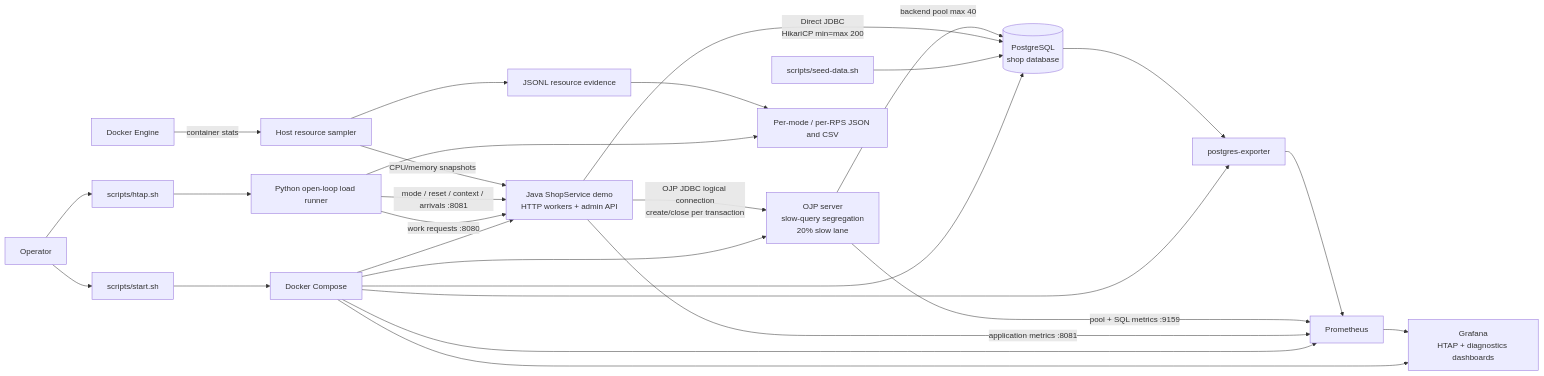
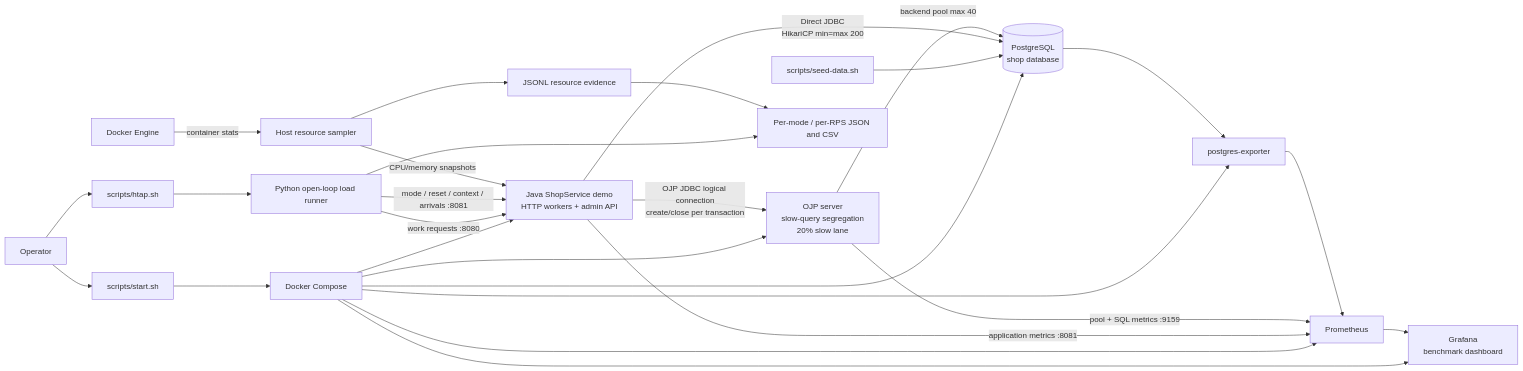
One commit to Open-J-Proxy/ojp-live-demo changed the diagram in README.md. Above: the diagram before and after it, drawn with Mermaid. The commit also changed other lines of this file and 3 other files, not shown here.

Commit message:
Restore pre-#2 Grafana dashboard and remove diagnostics dashboard

````diff
--- a/README.md
+++ b/README.md
@@ -93,29 +91,29 @@
 ```mermaid
 flowchart LR
     Operator["Operator"] --> Start["scripts/start.sh"]
     Operator --> HTAP["scripts/htap.sh"]
     Start --> Compose["Docker Compose"]
     Compose --> PG[("PostgreSQL<br/>shop database")]
     Compose --> App["Java ShopService demo<br/>HTTP workers + admin API"]
     Compose --> OJP["OJP server<br/>slow-query segregation<br/>20% slow lane"]
     Compose --> Exporter["postgres-exporter"]
     Compose --> Prom["Prometheus"]
-    Compose --> Grafana["Grafana<br/>HTAP + diagnostics dashboards"]
+    Compose --> Grafana["Grafana<br/>benchmark dashboard"]
     Seed["scripts/seed-data.sh"] --> PG
     HTAP --> Load["Python open-loop load runner"]
     Load -->|"work requests :8080"| App
     Load -->|"mode / reset / context / arrivals :8081"| App
     App -->|"Direct JDBC<br/>HikariCP min=max 200"| PG
     App -->|"OJP JDBC logical connection<br/>create/close per transaction"| OJP
     OJP -->|"backend pool max 40"| PG
     PG --> Exporter
     App -->|"application metrics :8081"| Prom
     OJP -->|"pool + SQL metrics :9159"| Prom
     Exporter --> Prom
     Docker["Docker Engine"] -->|"container stats"| Sampler["Host resource sampler"]
     Sampler -->|"CPU/memory snapshots"| App
     Sampler --> Results["JSONL resource evidence"]
     Load --> Results2["Per-mode / per-RPS JSON and CSV"]
     Results --> Results2
     Prom --> Grafana
 ```
````
